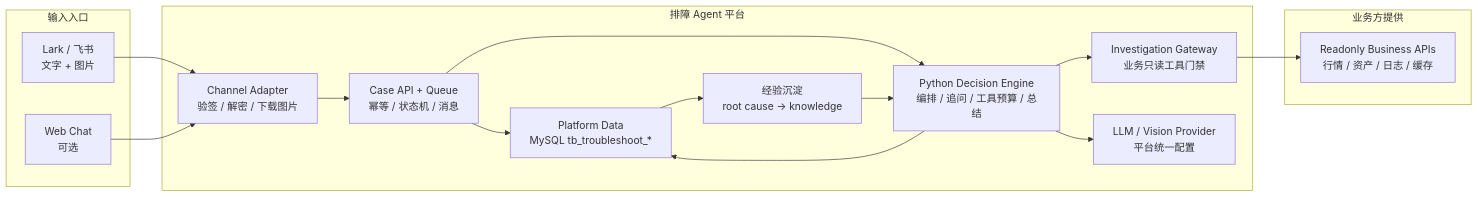
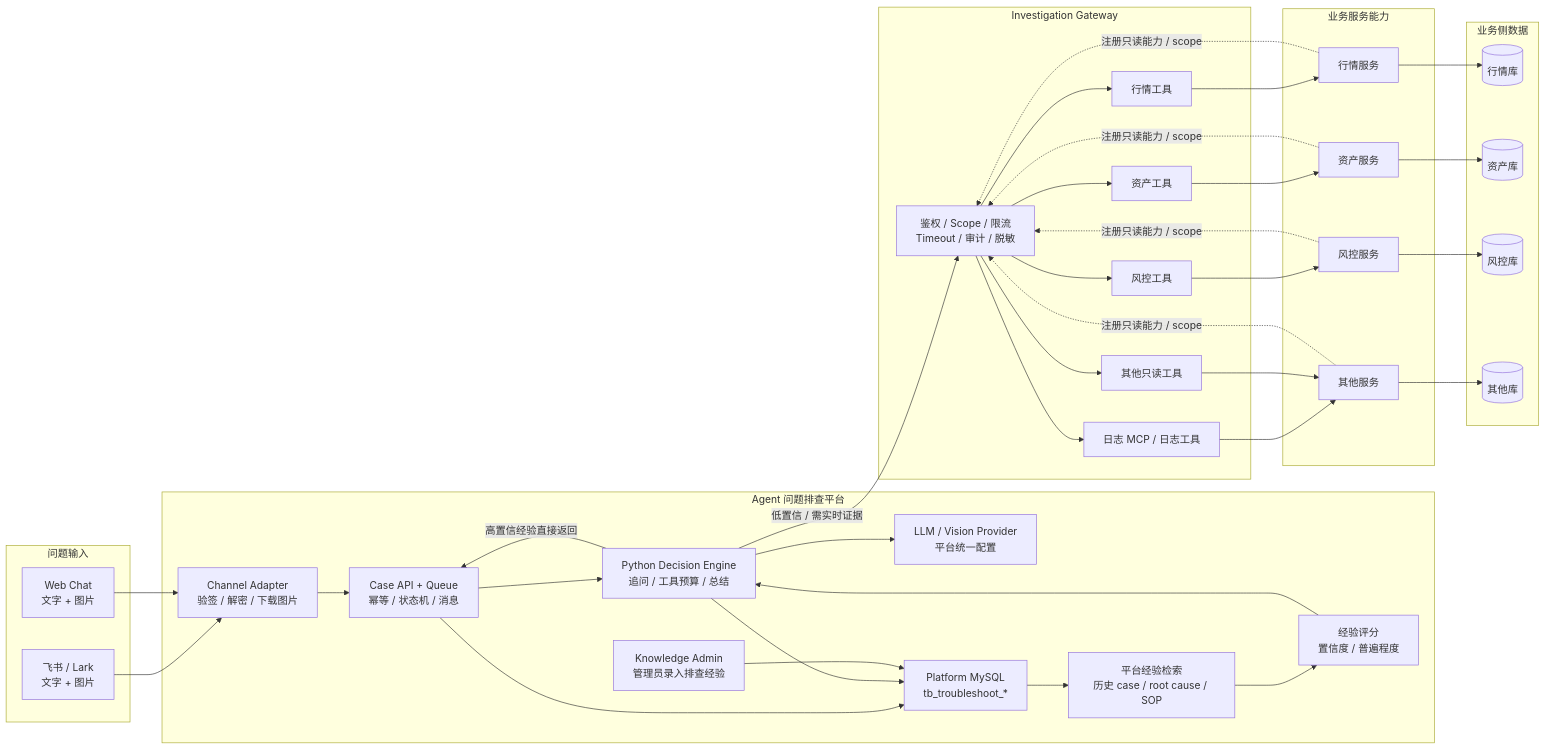
One commit to Nankis/ai-troubleshooter changed the first of 2 diagrams in README.md. Above: the diagram before and after it, drawn with Mermaid. The commit also changed other lines of this file and 14 other files, not shown here.

Commit message:
P-2026-007 Align architecture and flow diagrams

````diff
--- a/README.md
+++ b/README.md
@@ -95,33 +107,73 @@
 ```mermaid
 flowchart LR
-  subgraph Entry["输入入口"]
-    Chat["Lark / 飞书<br/>文字 + 图片"]
-    Web["Web Chat<br/>可选"]
+  subgraph Input["问题输入"]
+    Chat["飞书 / Lark<br/>文字 + 图片"]
+    Web["Web Chat<br/>文字 + 图片"]
   end
 
-  subgraph Agent["排障 Agent 平台"]
+  subgraph Platform["Agent 问题排查平台"]
     Intake["Channel Adapter<br/>验签 / 解密 / 下载图片"]
     Case["Case API + Queue<br/>幂等 / 状态机 / 消息"]
-    Brain["Python Decision Engine<br/>编排 / 追问 / 工具预算 / 总结"]
-    Gateway["Investigation Gateway<br/>业务只读工具门禁"]
+    Brain["Python Decision Engine<br/>追问 / 工具预算 / 总结"]
+    Experience["平台经验检索<br/>历史 case / root cause / SOP"]
+    Score["经验评分<br/>置信度 / 普遍程度"]
     Model["LLM / Vision Provider<br/>平台统一配置"]
-    Data["Platform Data<br/>MySQL tb_troubleshoot_*"]
-    Knowledge["经验沉淀<br/>root cause -> knowledge"]
+    Admin["Knowledge Admin<br/>管理员录入排查经验"]
+    Data["Platform MySQL<br/>tb_troubleshoot_*"]
   end
 
-  subgraph Business["业务方提供"]
-    APIs["Readonly Business APIs<br/>行情 / 资产 / 日志 / 缓存"]
+  subgraph Gateway["Investigation Gateway"]
+    Gate["鉴权 / Scope / 限流<br/>Timeout / 审计 / 脱敏"]
+    LogsTool["日志 MCP / 日志工具"]
+    MarketTool["行情工具"]
+    AssetTool["资产工具"]
+    RiskTool["风控工具"]
+    OtherTool["其他只读工具"]
+  end
+
+  subgraph Business["业务服务能力"]
+    MarketSvc["行情服务"]
+    AssetSvc["资产服务"]
+    RiskSvc["风控服务"]
+    OtherSvc["其他服务"]
+  end
+
+  subgraph BusinessDB["业务侧数据"]
+    MarketDB[(行情库)]
+    AssetDB[(资产库)]
+    RiskDB[(风控库)]
+    OtherDB[(其他库)]
   end
 
   Chat --> Intake
   Web --> Intake
   Intake --> Case
+  Case --> Brain
   Case --> Data
-  Case --> Brain
   Brain --> Model
   Brain --> Data
-  Brain --> Gateway
-  Gateway --> APIs
-  Data --> Knowledge
-  Knowledge --> Brain
+  Admin --> Data
+  Data --> Experience
+  Experience --> Score
+  Score --> Brain
+  Brain -- "高置信经验直接返回" --> Case
+  Brain -- "低置信 / 需实时证据" --> Gate
+  Gate --> LogsTool
+  Gate --> MarketTool
+  Gate --> AssetTool
+  Gate --> RiskTool
+  Gate --> OtherTool
+  MarketSvc -. "注册只读能力 / scope" .-> Gate
+  AssetSvc -. "注册只读能力 / scope" .-> Gate
+  RiskSvc -. "注册只读能力 / scope" .-> Gate
+  OtherSvc -. "注册只读能力 / scope" .-> Gate
+  LogsTool --> OtherSvc
+  MarketTool --> MarketSvc
+  AssetTool --> AssetSvc
+  RiskTool --> RiskSvc
+  OtherTool --> OtherSvc
+  MarketSvc --> MarketDB
+  AssetSvc --> AssetDB
+  RiskSvc --> RiskDB
+  OtherSvc --> OtherDB
 ```
````
